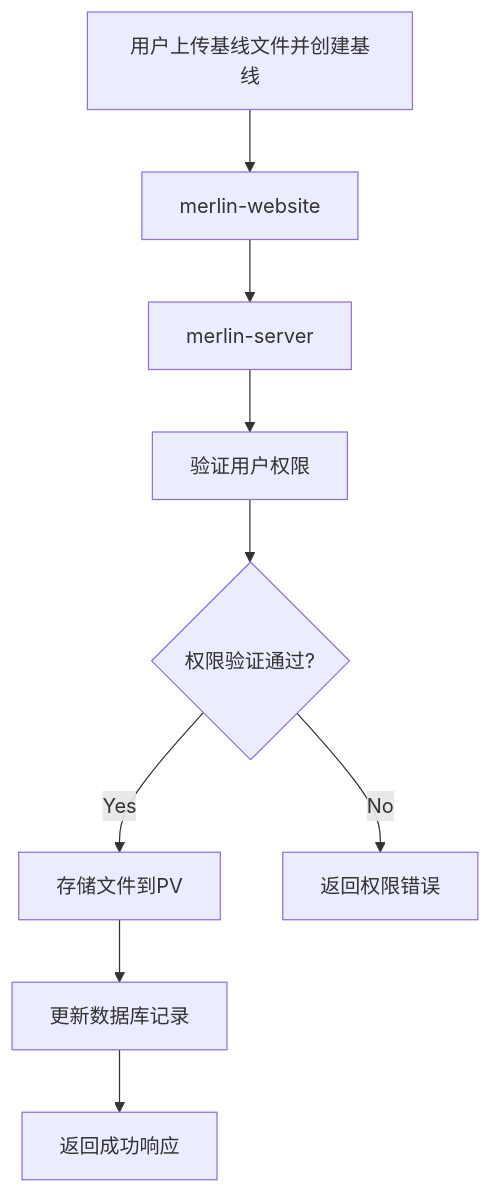
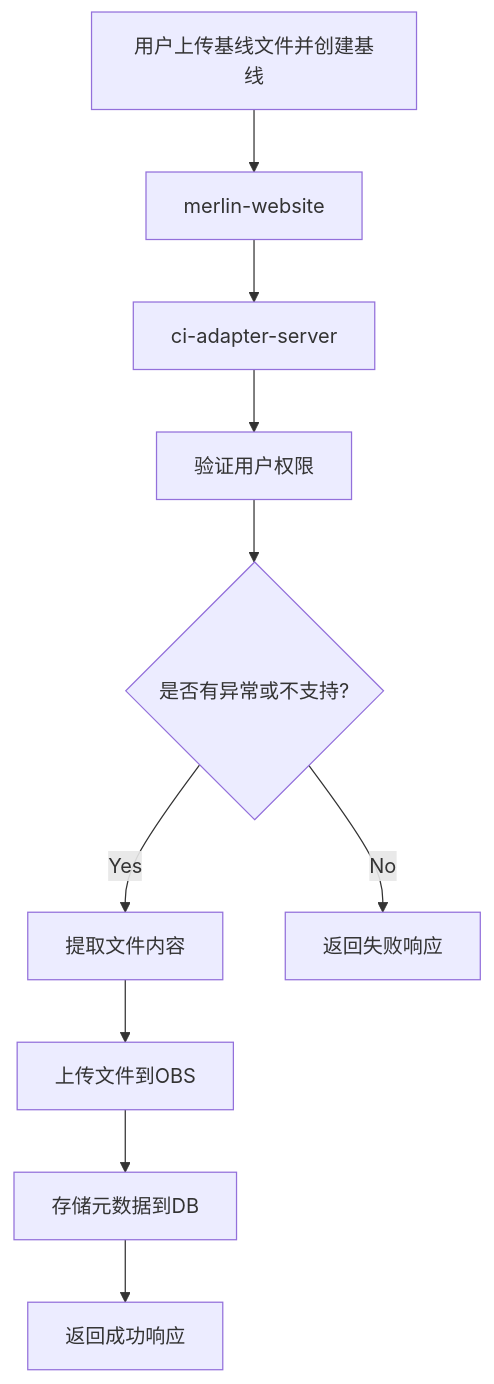
Before and after one commit to pillumina/design-proposal: the fifth of 17 diagrams in 模型精度性能测试自动化.md, drawn with Mermaid. The commit also changed other lines of this file, not shown here.

````diff
--- a/模型精度性能测试自动化.md
+++ b/模型精度性能测试自动化.md
@@ -706,11 +972,12 @@
 ```mermaid
 graph TD;
     A[用户上传基线文件并创建基线] --> B[merlin-website]
-    B --> C[merlin-server]
+    B --> C[ci-adapter-server]
     C --> D[验证用户权限]
-    D --> E{权限验证通过?}
-    E -- Yes --> F[存储文件到PV]
-    F --> G[更新数据库记录]
-    G --> H[返回成功响应]
-    E -- No --> I[返回权限错误]
+    D --> E{是否有异常或不支持?}
+    E -- Yes --> F[提取文件内容]
+    F --> G[上传文件到OBS]
+    G --> H[存储元数据到DB]
+    H --> I[返回成功响应]
+    E -- No --> J[返回失败响应]
 ```
````
